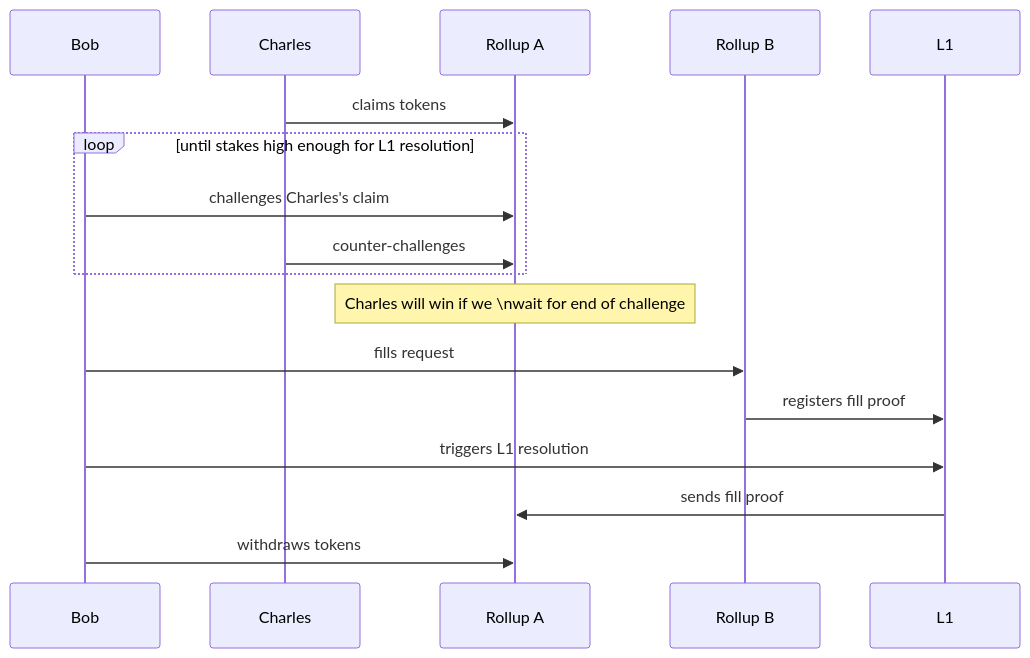
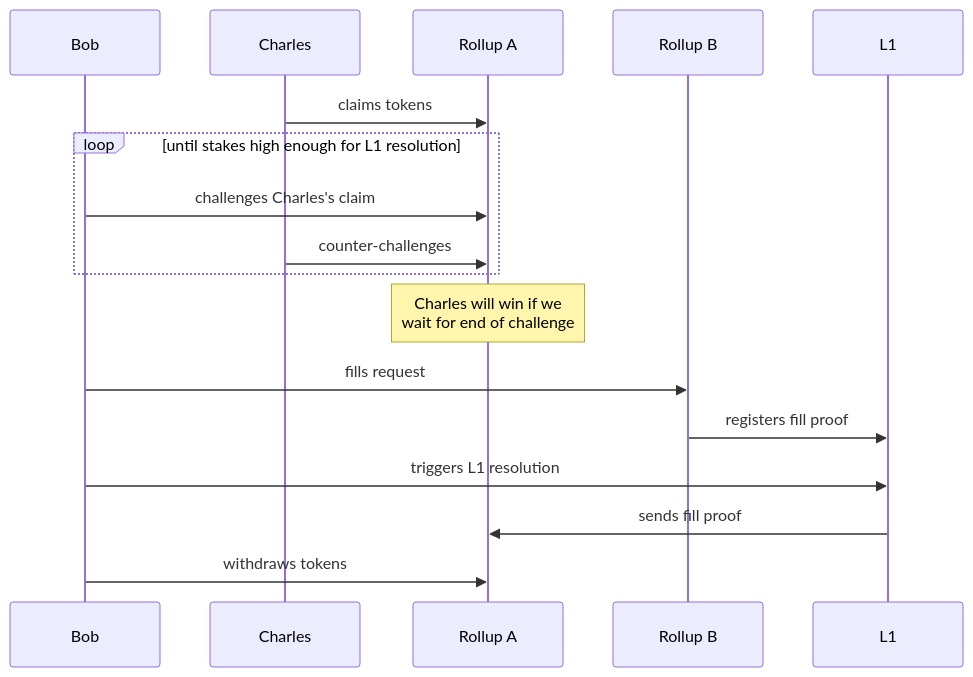
Before and after one commit to beamer-bridge/beamer: the fourth of 4 diagrams in docs/source/whitepaper.rst, drawn with Mermaid. The commit also changed other lines of this file, not shown here.

```diff
--- a/docs/source/whitepaper.rst
+++ b/docs/source/whitepaper.rst
@@ -334,24 +336,24 @@
 .. mermaid::
     :caption: `False Claims Challenge`
 
     sequenceDiagram
 
     participant Bob
     participant Charles
     participant Rollup A
     participant Rollup B
     participant L1
 
     Charles ->>Rollup A: claims tokens
 
     loop until stakes high enough for L1 resolution
     Bob ->> Rollup A: challenges Charles's claim
     Charles ->> Rollup A: counter-challenges
     end
-    note over Rollup A: Charles will win if we \nwait for end of challenge
+    note over Rollup A: Charles will win if we<br>wait for end of challenge
 
     Bob ->> Rollup B: fills request
     Rollup B ->> L1: registers fill proof
     Bob ->> L1: triggers L1 resolution
     L1 ->> Rollup A: sends fill proof
     Bob ->>Rollup A: withdraws tokens
```
